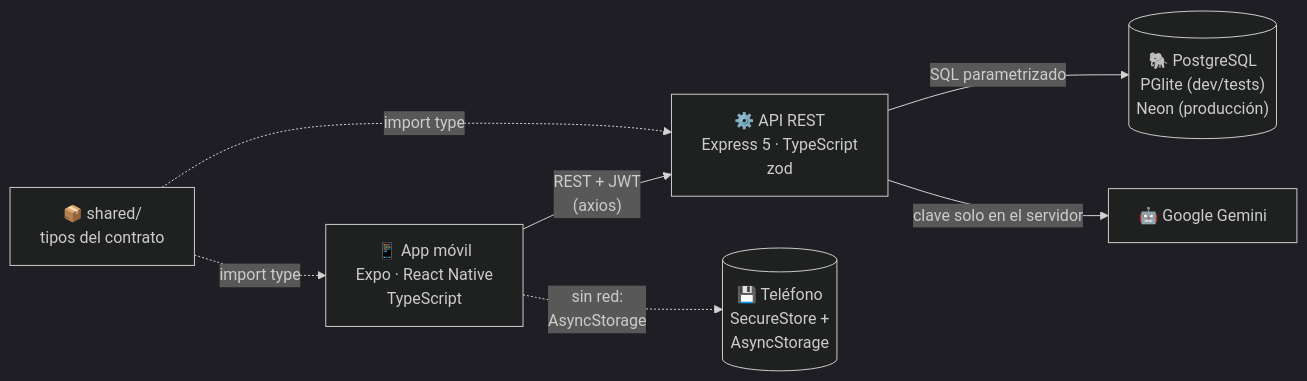
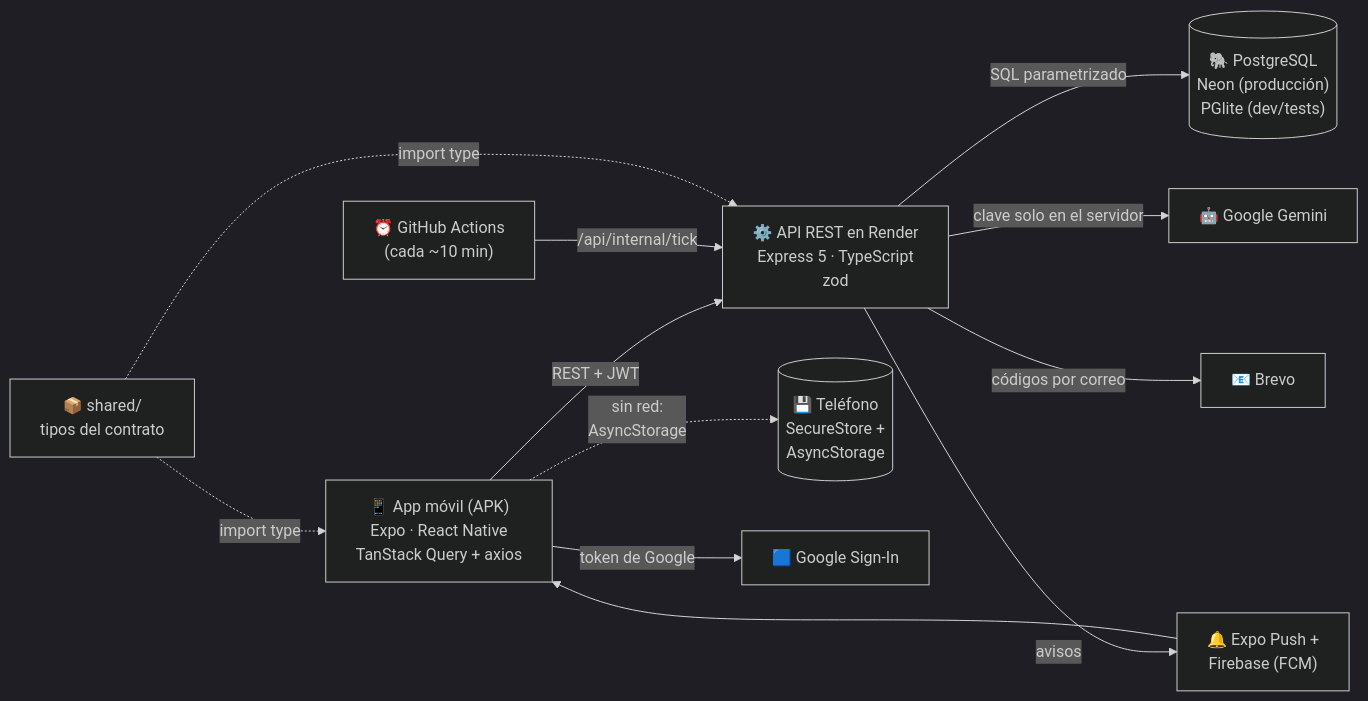
One commit to Alessandro-BS/HueckoApp-Android changed the second of 2 diagrams in README.md. Above: the diagram before and after it, drawn with Mermaid (dark theme). The commit also changed other lines of this file and 7 other files, not shown here.

````diff
--- a/README.md
+++ b/README.md
@@ -120,9 +253,13 @@
 ```mermaid
 flowchart LR
-    A["📱 App móvil<br/>Expo · React Native<br/>TypeScript"] -- "REST + JWT<br/>(axios)" --> B["⚙️ API REST<br/>Express 5 · TypeScript<br/>zod"]
+    A["📱 App móvil (APK)<br/>Expo · React Native<br/>TanStack Query + axios"] -- "REST + JWT" --> B["⚙️ API REST en Render<br/>Express 5 · TypeScript<br/>zod"]
     A -. "sin red:<br/>AsyncStorage" .-> L[("💾 Teléfono<br/>SecureStore +<br/>AsyncStorage")]
-    B -- "SQL parametrizado" --> C[("🐘 PostgreSQL<br/>PGlite (dev/tests)<br/>Neon (producción)")]
+    A -- "token de Google" --> G["🟦 Google Sign-In"]
+    B -- "SQL parametrizado" --> C[("🐘 PostgreSQL<br/>Neon (producción)<br/>PGlite (dev/tests)")]
     B -- "clave solo en el servidor" --> D["🤖 Google Gemini"]
+    B -- "códigos por correo" --> E["📧 Brevo"]
+    B -- "avisos" --> P["🔔 Expo Push +<br/>Firebase (FCM)"] --> A
+    W["⏰ GitHub Actions<br/>(cada ~10 min)"] -- "/api/internal/tick" --> B
     S["📦 shared/<br/>tipos del contrato"] -. "import type" .-> A
     S -. "import type" .-> B
 ```
````
